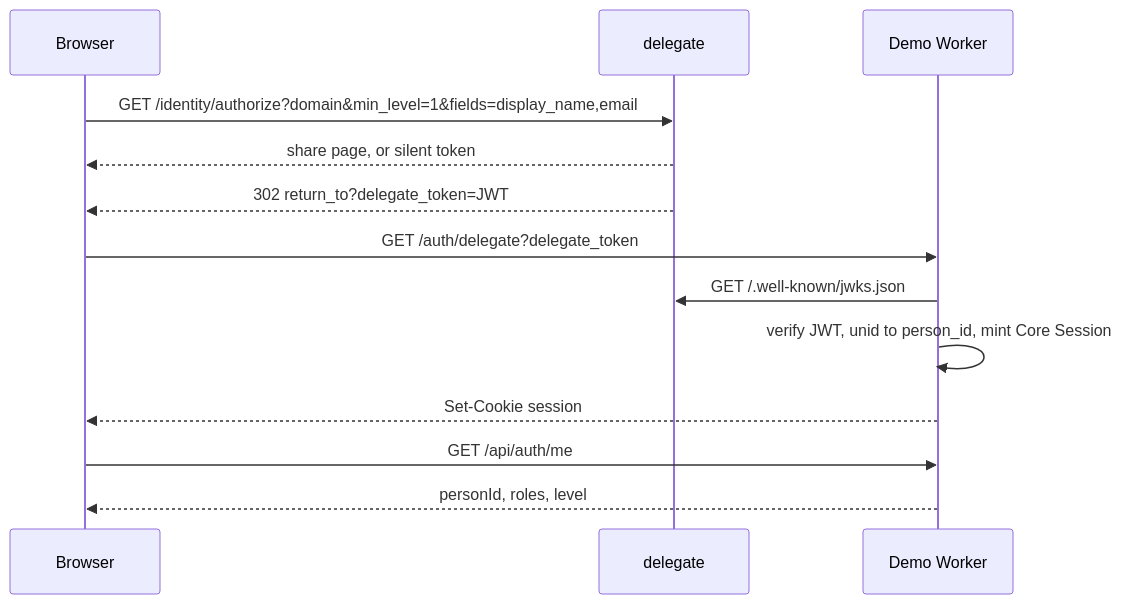
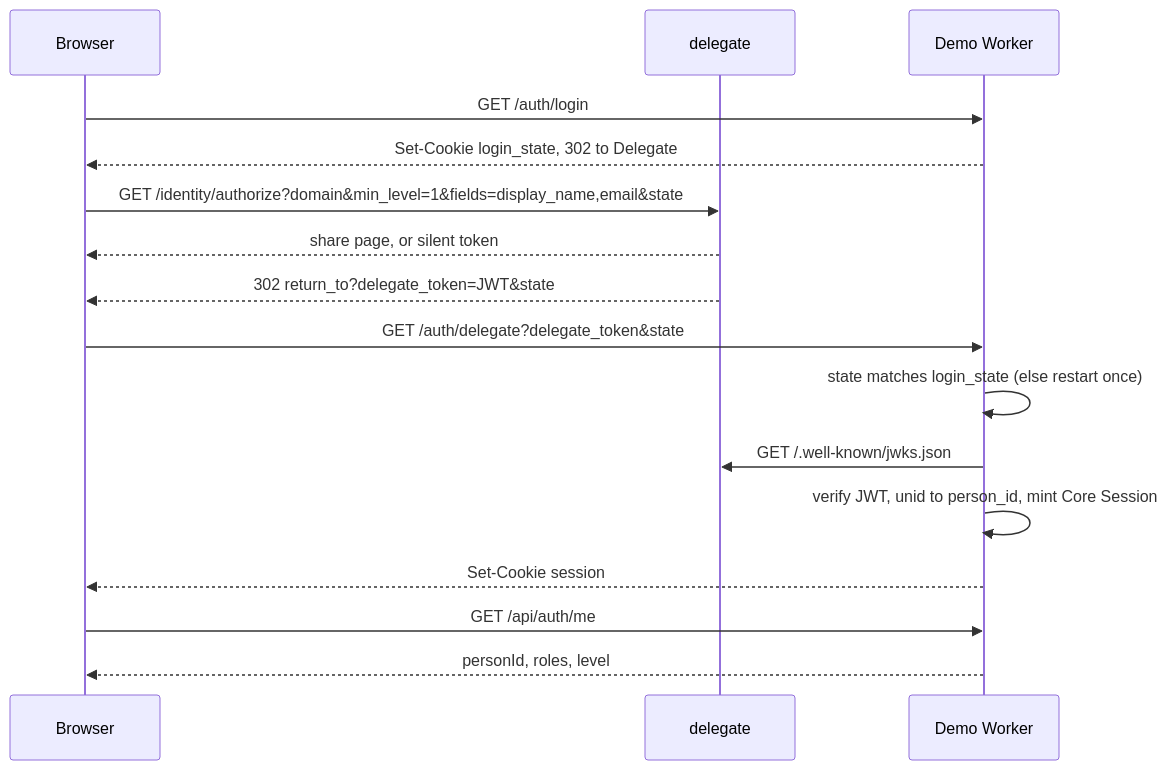
The second of 2 diagrams in docs/identity-flow.md (engine9-ai/demo-festival), drawn with Mermaid before and after one commit. The commit also changed other lines of this file and 13 other files, not shown here.

````diff
--- a/docs/identity-flow.md
+++ b/docs/identity-flow.md
@@ -106,15 +106,18 @@
 ```mermaid
 sequenceDiagram
   participant B as Browser
   participant D as delegate
   participant S as Demo Worker
-  B->>D: GET /identity/authorize?domain&min_level=1&fields=display_name,email
+  B->>S: GET /auth/login
+  S-->>B: Set-Cookie login_state, 302 to Delegate
+  B->>D: GET /identity/authorize?domain&min_level=1&fields=display_name,email&state
   D-->>B: share page, or silent token
-  D-->>B: 302 return_to?delegate_token=JWT
-  B->>S: GET /auth/delegate?delegate_token
+  D-->>B: 302 return_to?delegate_token=JWT&state
+  B->>S: GET /auth/delegate?delegate_token&state
+  S->>S: state matches login_state (else restart once)
   S->>D: GET /.well-known/jwks.json
   S->>S: verify JWT, unid to person_id, mint Core Session
   S-->>B: Set-Cookie session
   B->>S: GET /api/auth/me
   S-->>B: personId, roles, level
 ```
````
